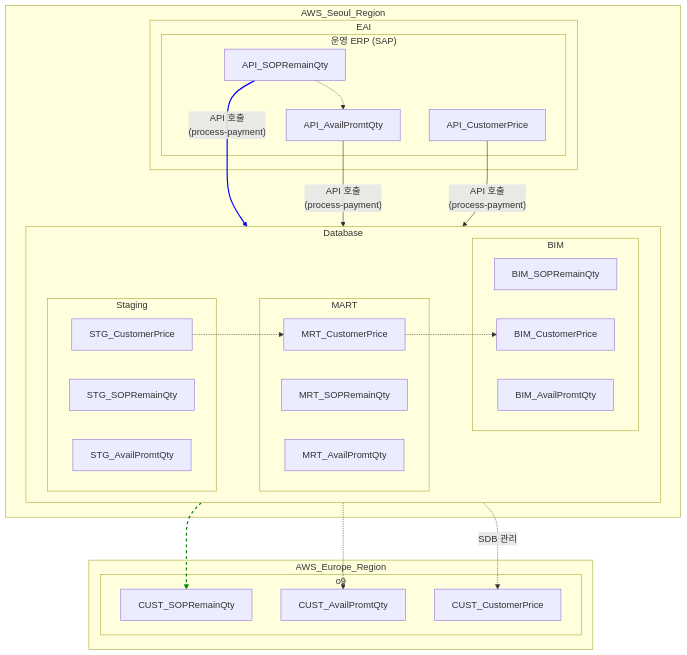
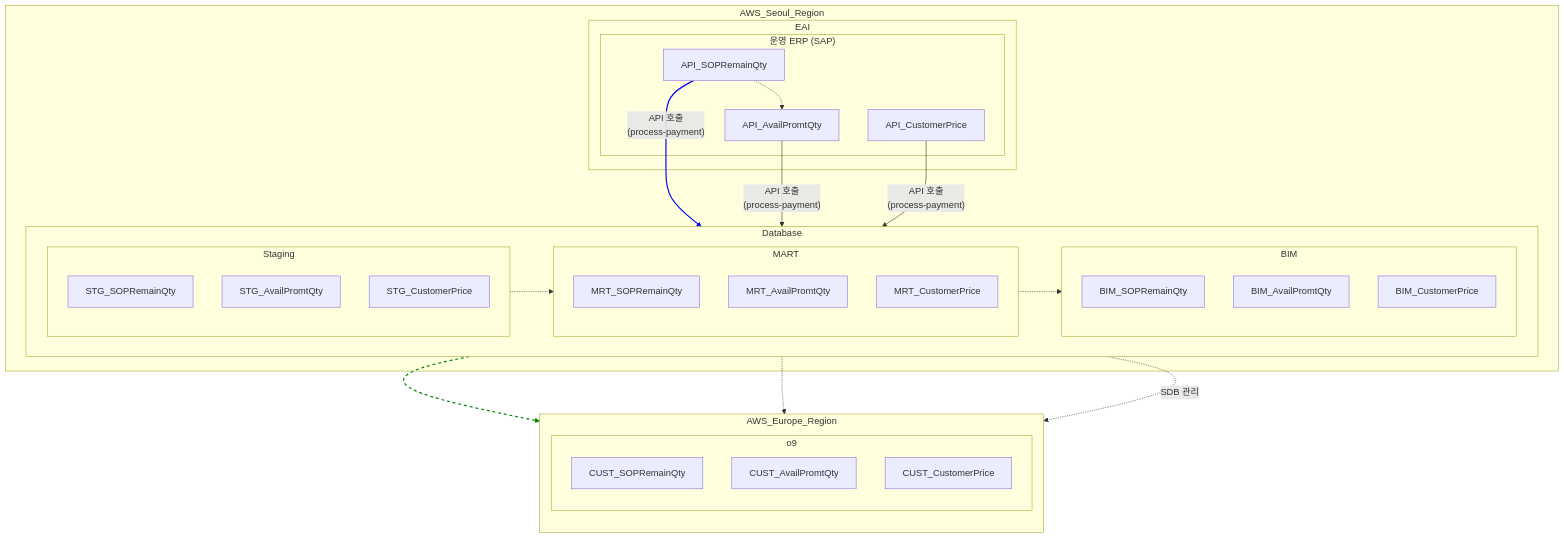
The diagram in mmmm.mmd (eugenekim-ds/train-mermaid), drawn with Mermaid before and after one commit.

```diff
--- a/mmmm.mmd
+++ b/mmmm.mmd
@@ -1,55 +1,59 @@
 graph TD
  
   %% 다이어그램
   subgraph subGraph6 ["AWS_Seoul_Region"]
     subgraph EAI ["EAI"]
       subgraph SAP ["운영 ERP (SAP)"]
         APICP37["API_SOPRemainQty"]
         APICP11["API_AvailPromtQty"]
         APICP35["API_CustomerPrice"]
       end
     end
     subgraph Database ["Database"]
       direction LR
       subgraph Schema_Staging["Staging"]
+      direction TB
         STGCP37["STG_SOPRemainQty"]
         STGCP11["STG_AvailPromtQty"]
         STGCP35["STG_CustomerPrice"]
       end
       subgraph Schema_MART ["MART"]
+      direction TB
         MRTCP37["MRT_SOPRemainQty"]
         MRTCP11["MRT_AvailPromtQty"]
         MRTCP35["MRT_CustomerPrice"]
       end
       subgraph Schema_BIM ["BIM"]
+      direction TB
         BIMCP37["BIM_SOPRemainQty"]
         BIMCP11["BIM_AvailPromtQty"]
         BIMCP35["BIM_CustomerPrice"]
       end
     end
   end
   subgraph subGraph8 ["AWS_Europe_Region"]
+    direction TB
     subgraph o9 ["o9"]
       CSTCP37["CUST_SOPRemainQty"]
       CSTCP11["CUST_AvailPromtQty"]
       CSTCP35["CUST_CustomerPrice"]
     end
   end
 
   
 
   %% 스타일 0
   APICP37 -- "API 호출<br>(process-payment)" --> STGCP37 -.-> CSTCP37
   APICP11 -- "API 호출<br>(process-payment)" --> STGCP11 -.-> CSTCP11
   APICP35 -- "API 호출<br>(process-payment)" --> STGCP35 -.-> MRTCP35 -.-> BIMCP35 
 
 MRTCP35
 
   %% 스타일 1
   APICP37 -.-> APICP11
   MRTCP35 -. "SDB 관리" .-> CSTCP35
 
 
   %% 스타일 정의 (선택 사항)
   linkStyle 0 stroke:blue,stroke-width:2px;
   linkStyle 1 stroke:green,stroke-width:2px,stroke-dasharray: 5 5;
```
